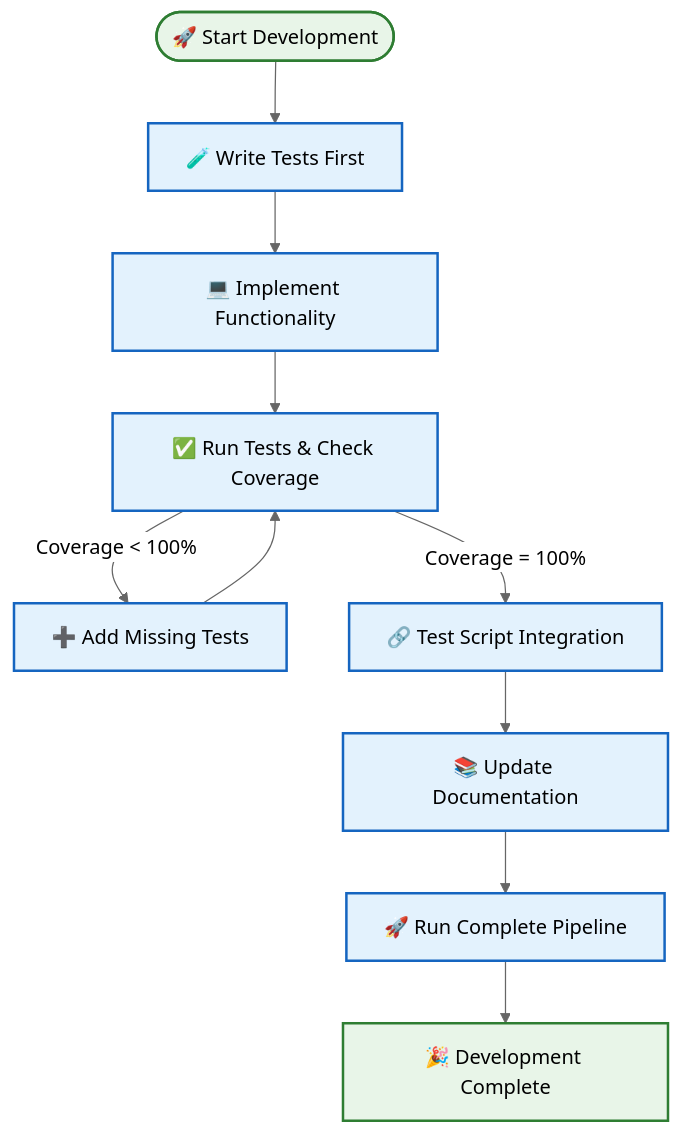
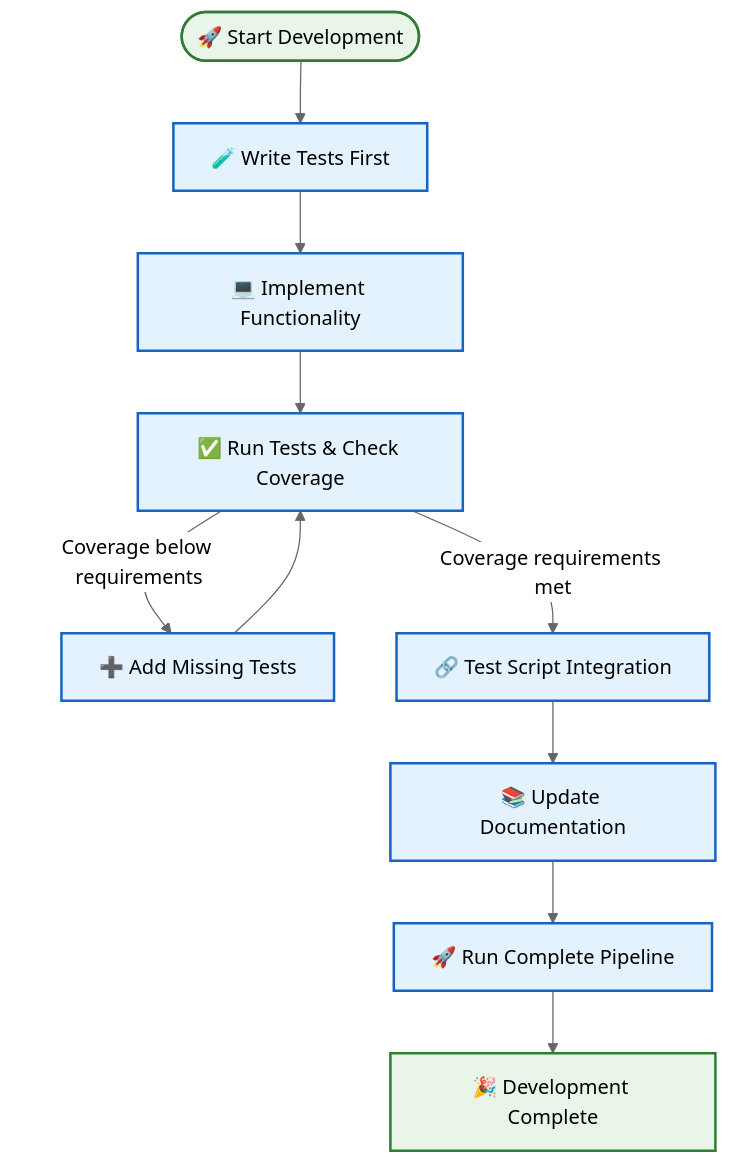
The second of 3 diagrams in docs/COPYPASTA.md (docxology/template), drawn with Mermaid (neutral theme) before and after one commit. The commit also changed other lines of this file and 132 other files, not shown here.

````diff
--- a/docs/COPYPASTA.md
+++ b/docs/COPYPASTA.md
@@ -281,19 +281,19 @@
 ```mermaid
 flowchart TD
     START([🚀 Start Development]) --> TESTS[🧪 Write Tests First]
     TESTS --> IMPLEMENT[💻 Implement Functionality]
     IMPLEMENT --> VALIDATE[✅ Run Tests & Check Coverage]
-    VALIDATE -->|Coverage < 100%| ADD_TESTS[➕ Add Missing Tests]
+    VALIDATE -->|Coverage below requirements| ADD_TESTS[➕ Add Missing Tests]
     ADD_TESTS --> VALIDATE
-    VALIDATE -->|Coverage = 100%| INTEGRATION[🔗 Test Script Integration]
+    VALIDATE -->|Coverage requirements met| INTEGRATION[🔗 Test Script Integration]
     INTEGRATION --> DOCS[📚 Update Documentation]
     DOCS --> PIPELINE[🚀 Run Complete Pipeline]
     PIPELINE --> SUCCESS[🎉 Development Complete]
     
     classDef process fill:#e3f2fd,stroke:#1565c0,stroke-width:2px
     classDef decision fill:#fff3e0,stroke:#e65100,stroke-width:2px
     classDef success fill:#e8f5e8,stroke:#2e7d32,stroke-width:2px
     
     class TESTS,IMPLEMENT,VALIDATE,ADD_TESTS,INTEGRATION,DOCS,PIPELINE process
     class START,SUCCESS success
 ```
````
